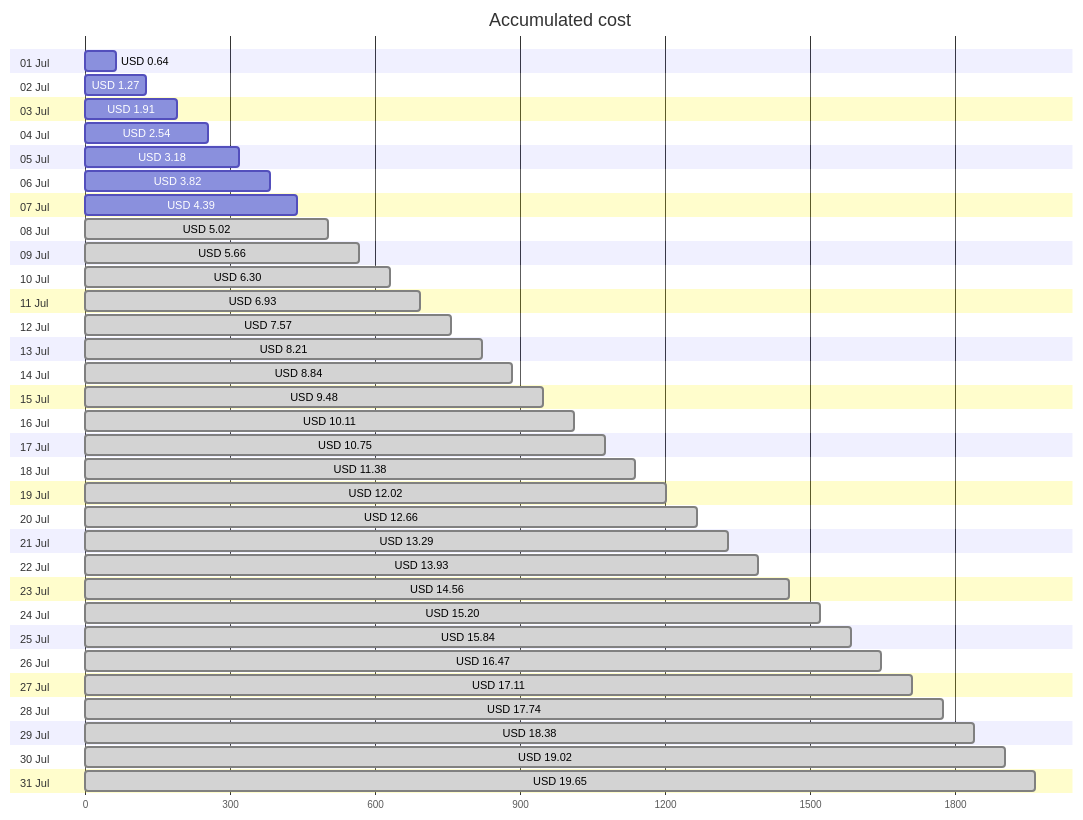
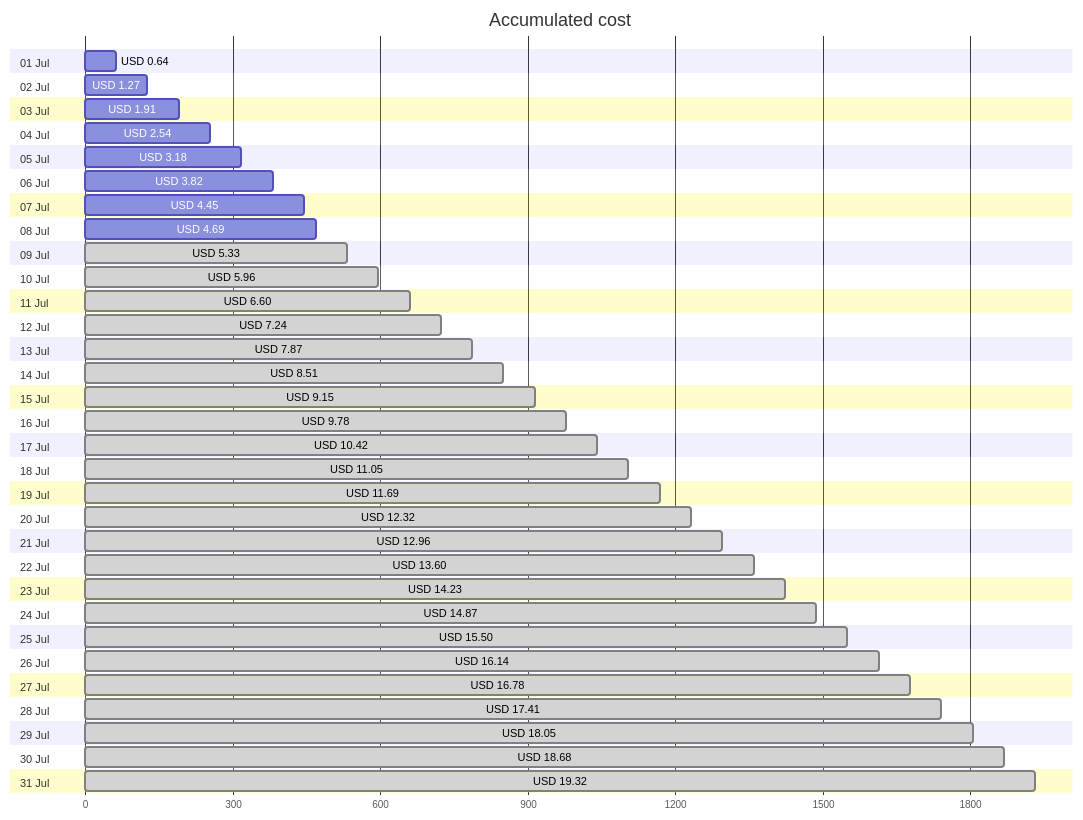
The first of 4 diagrams in cost-reports/accumulated-cost.md (jpfulton/azure-personal-reports), drawn with Mermaid before and after one commit. The commit also changed other lines of this file and 4 other files, not shown here.

````diff
--- a/cost-reports/accumulated-cost.md
+++ b/cost-reports/accumulated-cost.md
@@ -20,68 +20,68 @@
 ```mermaid
 gantt
    title Accumulated cost
    dateFormat  X
    axisFormat %s
    section 01 Jul
    USD 0.64 :0, 64
    section 02 Jul
    USD 1.27 :0, 127
    section 03 Jul
    USD 1.91 :0, 191
    section 04 Jul
    USD 2.54 :0, 254
    section 05 Jul
    USD 3.18 :0, 318
    section 06 Jul
    USD 3.82 :0, 382
    section 07 Jul
-   USD 4.39 :0, 439
+   USD 4.45 :0, 445
    section 08 Jul
-   USD 5.02 : done, 0, 502
+   USD 4.69 :0, 469
    section 09 Jul
-   USD 5.66 : done, 0, 566
+   USD 5.33 : done, 0, 533
    section 10 Jul
-   USD 6.30 : done, 0, 630
+   USD 5.96 : done, 0, 596
    section 11 Jul
-   USD 6.93 : done, 0, 693
+   USD 6.60 : done, 0, 660
    section 12 Jul
-   USD 7.57 : done, 0, 757
+   USD 7.24 : done, 0, 724
    section 13 Jul
-   USD 8.21 : done, 0, 821
+   USD 7.87 : done, 0, 787
    section 14 Jul
-   USD 8.84 : done, 0, 884
+   USD 8.51 : done, 0, 851
    section 15 Jul
-   USD 9.48 : done, 0, 948
+   USD 9.15 : done, 0, 915
    section 16 Jul
-   USD 10.11 : done, 0, 1011
+   USD 9.78 : done, 0, 978
    section 17 Jul
-   USD 10.75 : done, 0, 1075
+   USD 10.42 : done, 0, 1042
    section 18 Jul
-   USD 11.38 : done, 0, 1138
+   USD 11.05 : done, 0, 1105
    section 19 Jul
-   USD 12.02 : done, 0, 1202
+   USD 11.69 : done, 0, 1169
    section 20 Jul
-   USD 12.66 : done, 0, 1266
+   USD 12.32 : done, 0, 1232
    section 21 Jul
-   USD 13.29 : done, 0, 1329
+   USD 12.96 : done, 0, 1296
    section 22 Jul
-   USD 13.93 : done, 0, 1393
+   USD 13.60 : done, 0, 1360
    section 23 Jul
-   USD 14.56 : done, 0, 1456
+   USD 14.23 : done, 0, 1423
    section 24 Jul
-   USD 15.20 : done, 0, 1520
+   USD 14.87 : done, 0, 1487
    section 25 Jul
-   USD 15.84 : done, 0, 1584
+   USD 15.50 : done, 0, 1550
    section 26 Jul
-   USD 16.47 : done, 0, 1647
+   USD 16.14 : done, 0, 1614
    section 27 Jul
-   USD 17.11 : done, 0, 1711
+   USD 16.78 : done, 0, 1678
    section 28 Jul
-   USD 17.74 : done, 0, 1774
+   USD 17.41 : done, 0, 1741
    section 29 Jul
-   USD 18.38 : done, 0, 1838
+   USD 18.05 : done, 0, 1805
    section 30 Jul
-   USD 19.02 : done, 0, 1902
+   USD 18.68 : done, 0, 1868
    section 31 Jul
-   USD 19.65 : done, 0, 1965
+   USD 19.32 : done, 0, 1932
 ```
````
